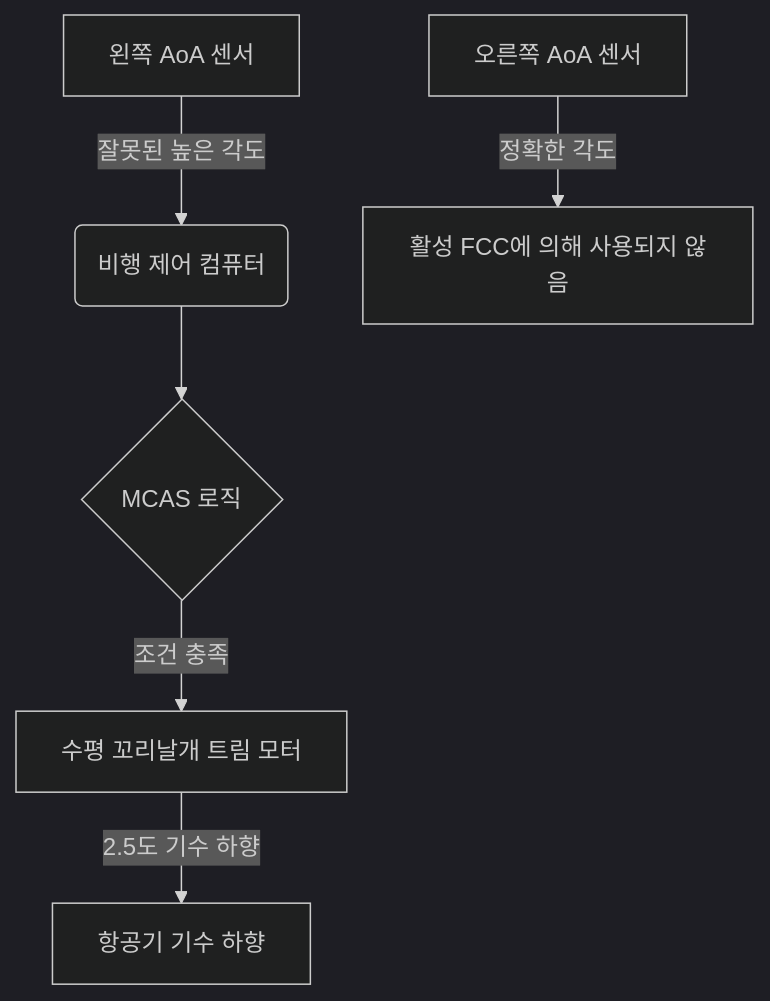
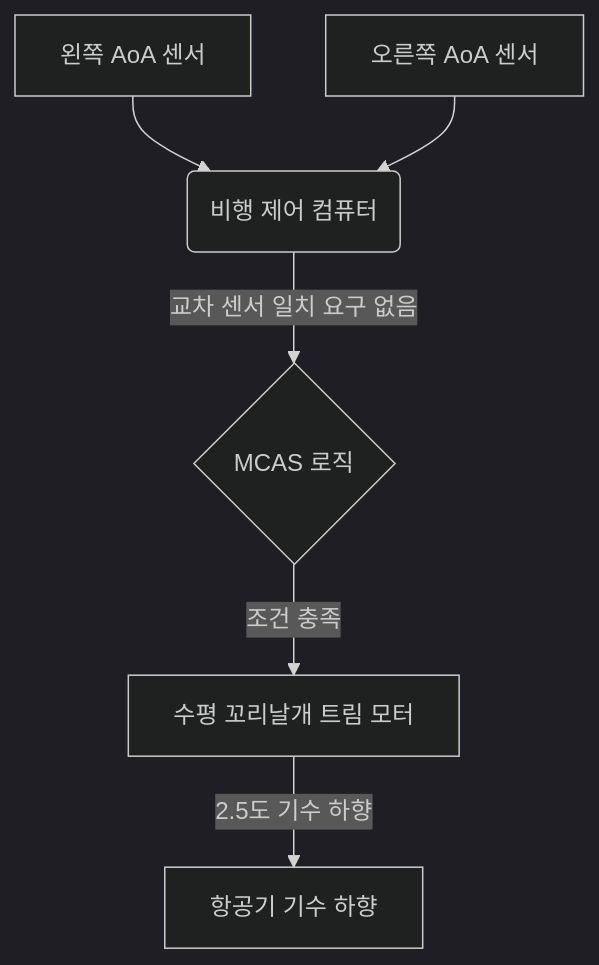
The diagram in src/content/blog/ko/boeing-737-max-mcas-failure.md (DD-LCMK/errorledger-site), drawn with Mermaid (dark theme) before and after one commit. The commit also changed other lines of this file and 1 other file, not shown here.

````diff
--- a/src/content/blog/ko/boeing-737-max-mcas-failure.md
+++ b/src/content/blog/ko/boeing-737-max-mcas-failure.md
@@ -67,8 +67,8 @@
 ```mermaid
 graph TD
-    A[왼쪽 AoA 센서] -->|잘못된 높은 각도| B(비행 제어 컴퓨터)
-    C[오른쪽 AoA 센서] -->|정확한 각도| D[활성 FCC에 의해 사용되지 않음]
-    B --> E{MCAS 로직}
-    E -->|조건 충족| F[수평 꼬리날개 트림 모터]
-    F -->|2.5도 기수 하향| G[항공기 기수 하향]
+    A[왼쪽 AoA 센서] --> B(비행 제어 컴퓨터)
+    C[오른쪽 AoA 센서] --> B
+    B -->|교차 센서 일치 요구 없음| D{MCAS 로직}
+    D -->|조건 충족| E[수평 꼬리날개 트림 모터]
+    E -->|2.5도 기수 하향| F[항공기 기수 하향]
 ```
````
